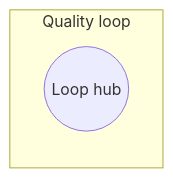
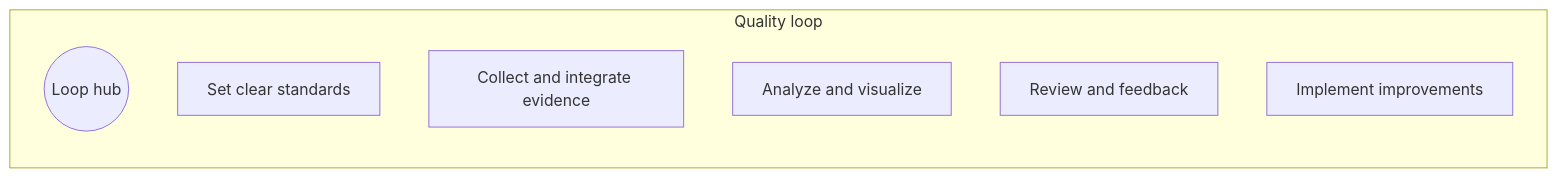
The diagram in index.md (arshah18/arshah18.github.io), drawn with Mermaid before and after one commit.

Commit message:
Work flow test2; ensure Mermaid loads

```diff
--- a/index.md
+++ b/index.md
@@ -76,7 +76,12 @@
 <div class="mermaid">
 flowchart TD
-  subgraph "Quality loop"
+  subgraph Q["Quality loop"]
     direction TB
     Q0((Loop hub))
+    S[Set clear standards]
+    C[Collect and integrate evidence]
+    V[Analyze and visualize]
+    R[Review and feedback]
+    I[Implement improvements]
   end
 </div>
```
